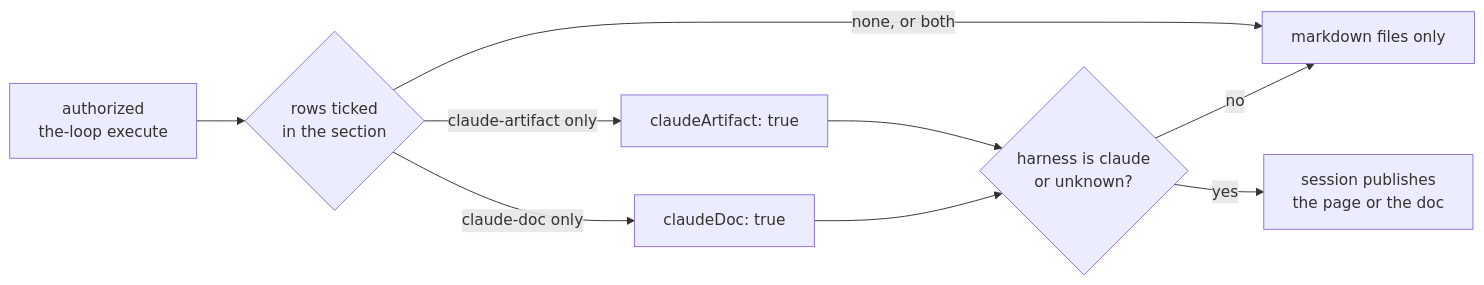
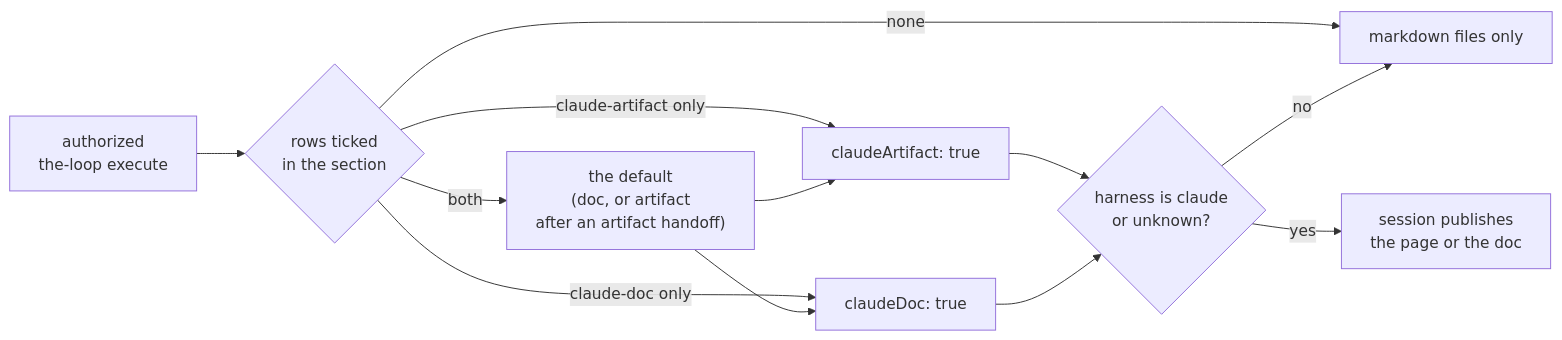
The diagram in docs/specs/issue-536/requirements.md (MadaraUchiha-314/the-loop), drawn with Mermaid before and after one commit. The commit also changed other lines of this file and 20 other files, not shown here.

First line of the commit message:
feat(issue-536): both rows ticked resolves to the section's default

````diff
--- a/docs/specs/issue-536/requirements.md
+++ b/docs/specs/issue-536/requirements.md
@@ -50,11 +50,14 @@
 ```mermaid
 flowchart LR
   R["authorized<br/>the-loop execute"] --> G{"rows ticked<br/>in the section"}
   G -- "claude-artifact only" --> A["claudeArtifact: true"]
   G -- "claude-doc only" --> D["claudeDoc: true"]
-  G -- "none, or both" --> M["markdown files only"]
+  G -- "both" --> F["the default<br/>(doc, or artifact<br/>after an artifact handoff)"]
+  F --> A
+  F --> D
+  G -- "none" --> M["markdown files only"]
   A --> H{"harness is claude<br/>or unknown?"}
   D --> H
   H -- no --> M
   H -- yes --> S["session publishes<br/>the page or the doc"]
 ```
````
